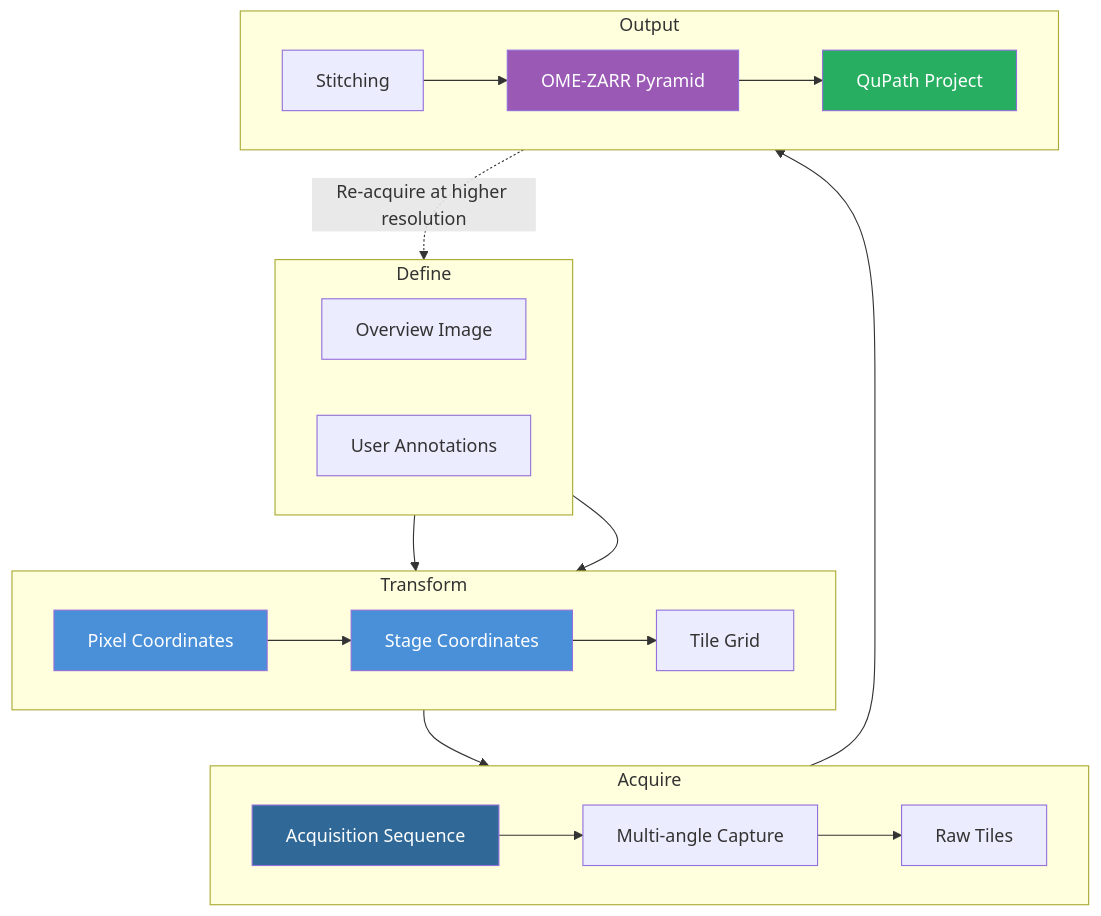
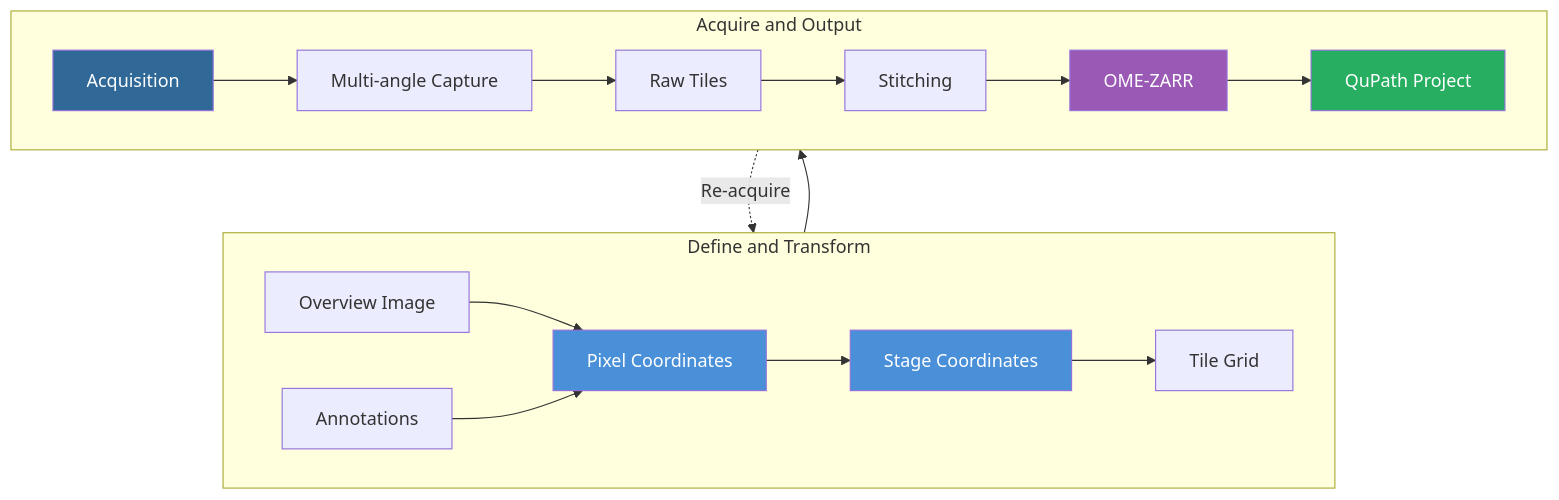
The second of 3 diagrams in README.md (uw-loci/QPSC), drawn with Mermaid before and after one commit.

Commit message:
Compact data flow diagram to 2 rows

````diff
--- a/README.md
+++ b/README.md
@@ -649,43 +649,24 @@
 ```mermaid
 flowchart TB
-    subgraph Input["Define"]
+    subgraph DefineAndTransform["Define and Transform"]
         direction LR
-        Slide["Overview Image"]
-        ROI["User Annotations"]
+        Slide["Overview Image"] --> Pixel["Pixel Coordinates"]
+        ROI["Annotations"] --> Pixel
+        Pixel --> Stage["Stage Coordinates"] --> Grid["Tile Grid"]
     end
 
-    subgraph TransformLayer["Transform"]
+    subgraph AcquireAndOutput["Acquire and Output"]
         direction LR
-        Pixel["Pixel Coordinates"]
-        Stage["Stage Coordinates"]
-        Grid["Tile Grid"]
+        Seq["Acquisition"] --> Cap["Multi-angle Capture"] --> Raw["Raw Tiles"]
+        Raw --> Stitch["Stitching"] --> ZARR["OME-ZARR"] --> Project["QuPath Project"]
     end
 
-    subgraph AcquireLayer["Acquire"]
-        direction LR
-        Seq["Acquisition Sequence"]
-        Cap["Multi-angle Capture"]
-        Raw["Raw Tiles"]
-    end
-
-    subgraph OutputLayer["Output"]
-        direction LR
-        Stitch["Stitching"]
-        ZARR["OME-ZARR Pyramid"]
-        Project["QuPath Project"]
-    end
-
-    Slide --> Pixel
-    ROI --> Pixel
-    Pixel --> Stage --> Grid
-    Grid --> Seq --> Cap --> Raw
-    Raw --> Stitch --> ZARR --> Project
-
-    Project -.->|"Re-acquire at higher resolution"| Slide
+    Grid --> Seq
+    Project -.->|"Re-acquire"| Slide
 
     style Pixel fill:#4A90D9,color:#fff
     style Stage fill:#4A90D9,color:#fff
     style Seq fill:#306998,color:#fff
     style ZARR fill:#9B59B6,color:#fff
     style Project fill:#27AE60,color:#fff
 ```
````
